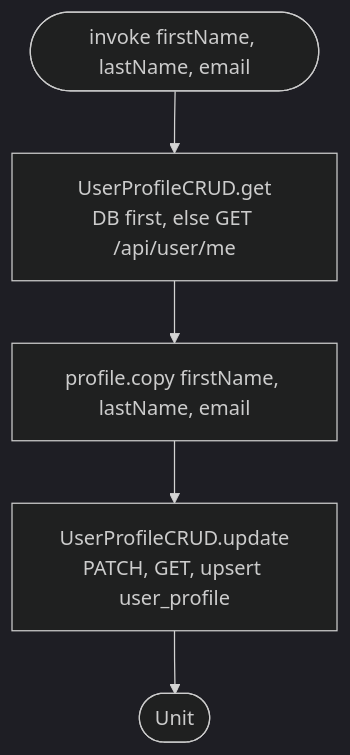
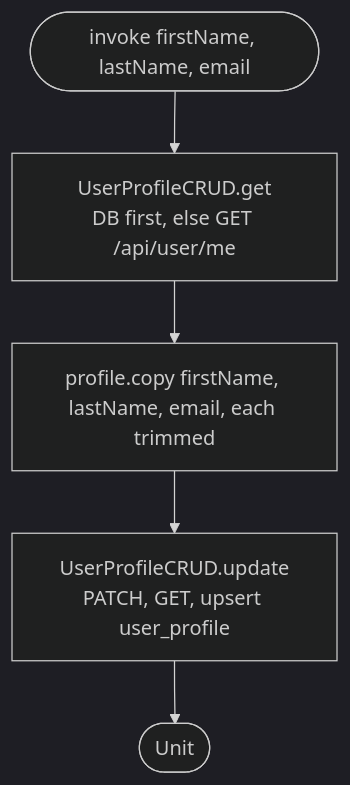
Before and after one commit to nocturneproperties/bookkme-client: the diagram in docs/operations/settings/edit-profile.md, drawn with Mermaid (dark theme). The commit also changed other lines of this file and 39 other files, not shown here.

````diff
--- a/docs/operations/settings/edit-profile.md
+++ b/docs/operations/settings/edit-profile.md
@@ -8,7 +10,7 @@
 ```mermaid
 flowchart TD
     Start([invoke firstName, lastName, email]) --> Get[UserProfileCRUD.get<br/>DB first, else GET /api/user/me]
-    Get --> Copy[profile.copy firstName, lastName, email]
+    Get --> Copy[profile.copy firstName, lastName, email, each trimmed]
     Copy --> Upd[UserProfileCRUD.update<br/>PATCH, GET, upsert user_profile]
     Upd --> R([Unit])
 ```
````
